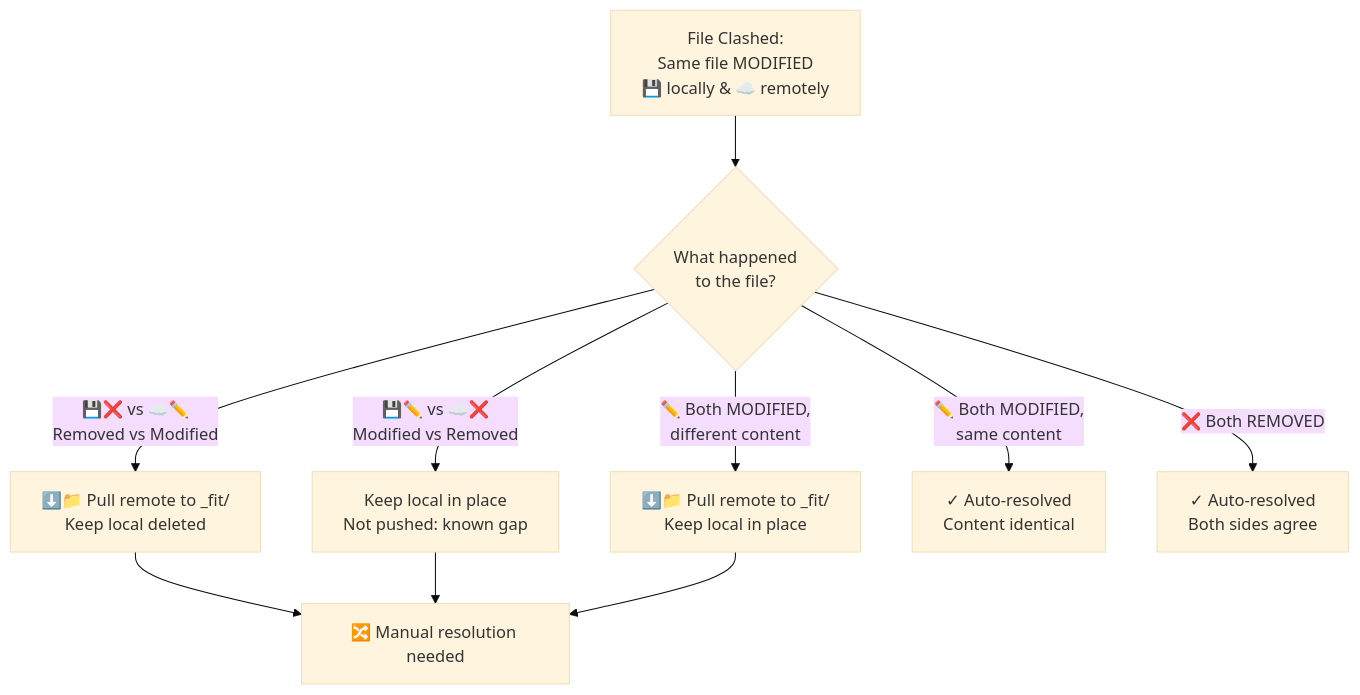
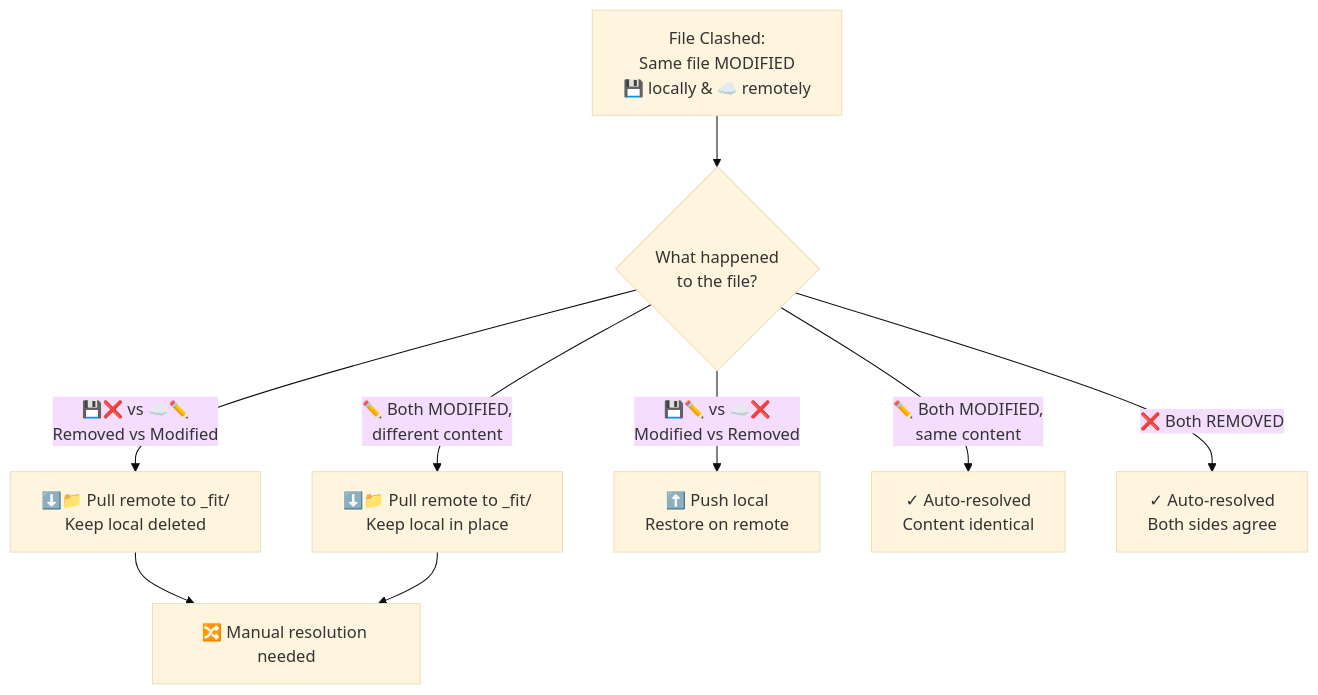
Before and after one commit to joshuakto/fit: the sixth of 7 diagrams in docs/sync-logic.md, drawn with Mermaid (base theme). The commit also changed other lines of this file and 7 other files, not shown here.

First line of the commit message:
fix: push a local edit over a remote deletion, clarify the conflicts notice, pin symlink bugs (#403)

````diff
--- a/docs/sync-logic.md
+++ b/docs/sync-logic.md
@@ -673,15 +673,14 @@
 ```mermaid
 flowchart TD
     Start[File Clashed:<br/>Same file MODIFIED<br/>💾 locally & ☁️ remotely] --> CheckScenario{What happened<br/>to the file?}
 
     CheckScenario -->|✏️ Both MODIFIED,<br/>different content| SaveBoth[⬇️📁 Pull remote to _fit/<br/>Keep local in place]
     CheckScenario -->|💾❌ vs ☁️✏️<br/>Removed vs Modified| SaveRemote[⬇️📁 Pull remote to _fit/<br/>Keep local deleted]
-    CheckScenario -->|💾✏️ vs ☁️❌<br/>Modified vs Removed| KeepLocal[Keep local in place<br/>Not pushed: known gap]
+    CheckScenario -->|💾✏️ vs ☁️❌<br/>Modified vs Removed| KeepLocal[⬆️ Push local<br/>Restore on remote]
 
     CheckScenario -->|✏️ Both MODIFIED,<br/>same content| AutoResolve2[✓ Auto-resolved<br/>Content identical]
     CheckScenario -->|❌ Both REMOVED| AutoResolve1[✓ Auto-resolved<br/>Both sides agree]
 
     SaveRemote --> Manual[🔀 Manual resolution needed]
-    KeepLocal --> Manual
     SaveBoth --> Manual
 ```
````
